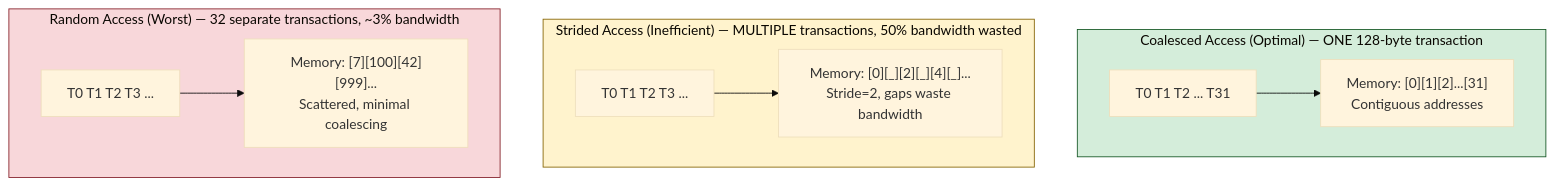
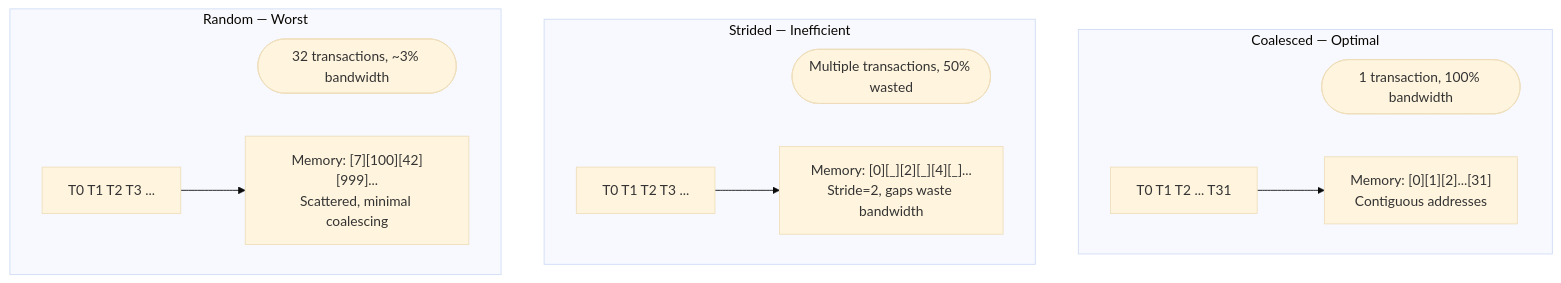
The ninth of 45 diagrams in docs/GPU_MAP_OPERATOR.md (alirezaazadi/renoir), drawn with Mermaid (base theme) before and after one commit. The commit also changed other lines of this file, not shown here.

Commit message:
doc: fix the mermaid charts issues

````diff
--- a/docs/GPU_MAP_OPERATOR.md
+++ b/docs/GPU_MAP_OPERATOR.md
@@ -455,21 +428,20 @@
 ```mermaid
 flowchart TB
-    subgraph COAL["Coalesced Access (Optimal) — ONE 128-byte transaction"]
+    subgraph COAL["Coalesced — Optimal"]
         direction LR
-        CT["T0 T1 T2 ... T31"] --> CM["Memory: [0][1][2]...[31]\nContiguous addresses"]
+        COAL_D(["1 transaction, 100% bandwidth"])
+        CT["T0 T1 T2 ... T31"] --> CM["Memory: [0][1][2]...[31]<br/>Contiguous addresses"]
     end
 
-    subgraph STRIDE["Strided Access (Inefficient) — MULTIPLE transactions, 50% bandwidth wasted"]
+    subgraph STRIDE["Strided — Inefficient"]
         direction LR
-        ST["T0 T1 T2 T3 ..."] --> SM_S["Memory: [0][_][2][_][4][_]...\nStride=2, gaps waste bandwidth"]
+        STRIDE_D(["Multiple transactions, 50% wasted"])
+        ST["T0 T1 T2 T3 ..."] --> SM_S["Memory: [0][_][2][_][4][_]...<br/>Stride=2, gaps waste bandwidth"]
     end
 
-    subgraph RANDOM["Random Access (Worst) — 32 separate transactions, ~3% bandwidth"]
+    subgraph RANDOM["Random — Worst"]
         direction LR
-        RT["T0 T1 T2 T3 ..."] --> RM["Memory: [7][100][42][999]...\nScattered, minimal coalescing"]
+        RANDOM_D(["32 transactions, ~3% bandwidth"])
+        RT["T0 T1 T2 T3 ..."] --> RM["Memory: [7][100][42][999]...<br/>Scattered, minimal coalescing"]
     end
-
-    style COAL fill:#d4edda,stroke:#155724
-    style STRIDE fill:#fff3cd,stroke:#856404
-    style RANDOM fill:#f8d7da,stroke:#842029
 ```
````
